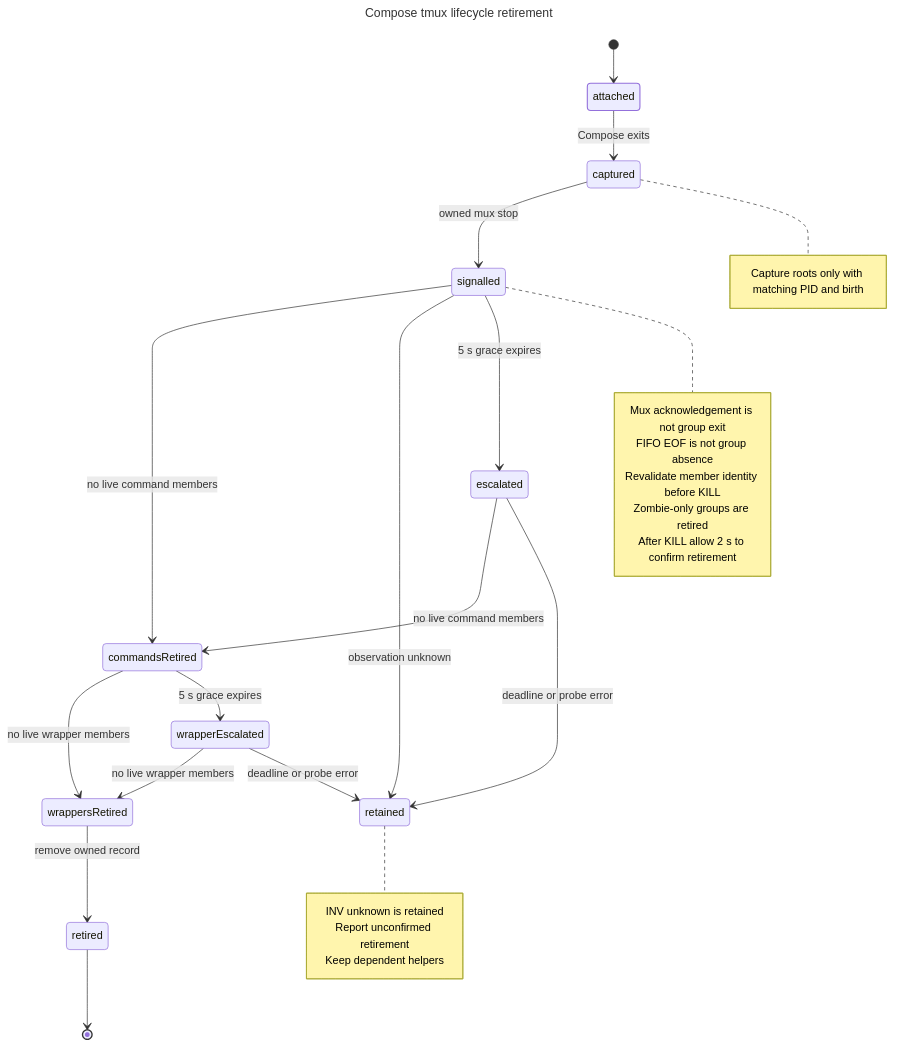
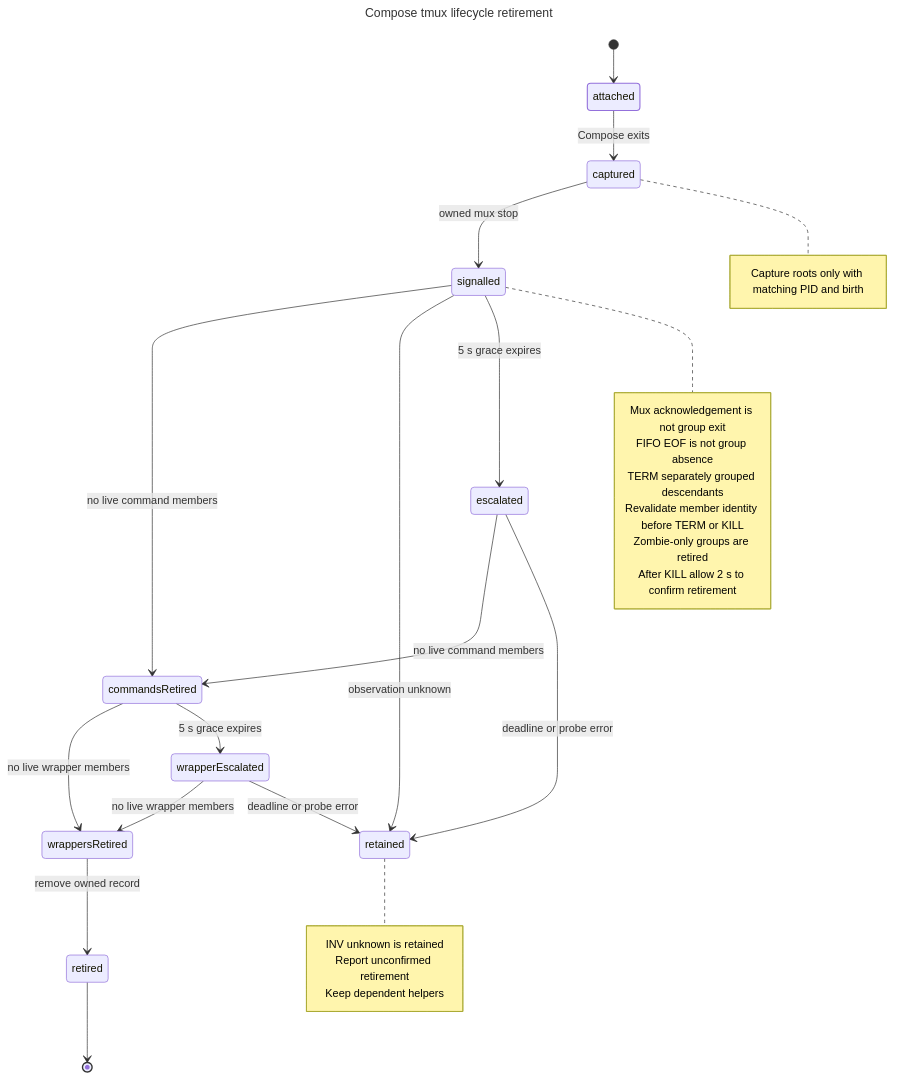
The diagram in docs/diagrams/compose-lifecycle-retirement.mmd (hack-dance/hack), drawn with Mermaid before and after one commit. The commit also changed 7 other files, not shown here.

Commit message:
fix(lifecycle): give separately grouped workers TERM before escalation

```diff
--- a/docs/diagrams/compose-lifecycle-retirement.mmd
+++ b/docs/diagrams/compose-lifecycle-retirement.mmd
@@ -1,39 +1,40 @@
 ---
 title: Compose tmux lifecycle retirement
 ---
 stateDiagram-v2
   direction TB
   [*] --> attached
   attached --> captured : Compose exits
   captured --> signalled : owned mux stop
   signalled --> commandsRetired : no live command members
   signalled --> retained : observation unknown
   signalled --> escalated : 5 s grace expires
   escalated --> commandsRetired : no live command members
   escalated --> retained : deadline or probe error
   commandsRetired --> wrappersRetired : no live wrapper members
   commandsRetired --> wrapperEscalated : 5 s grace expires
   wrapperEscalated --> wrappersRetired : no live wrapper members
   wrapperEscalated --> retained : deadline or probe error
   wrappersRetired --> retired : remove owned record
   retired --> [*]
   note right of retained
     INV unknown is retained
     Report unconfirmed retirement
     Keep dependent helpers
   end note
   note right of signalled
     Mux acknowledgement is not group exit
     FIFO EOF is not group absence
-    Revalidate member identity before KILL
+    TERM separately grouped descendants
+    Revalidate member identity before TERM or KILL
     Zombie-only groups are retired
     After KILL allow 2 s to confirm retirement
   end note
   note right of captured
     Capture roots only with matching PID and birth
   end note
   classDef live stroke-width:1.6px
   class attached live
   class signalled,escalated,commandsRetired,wrapperEscalated wait
   class wrappersRetired,retired ok
   class retained fail
```
